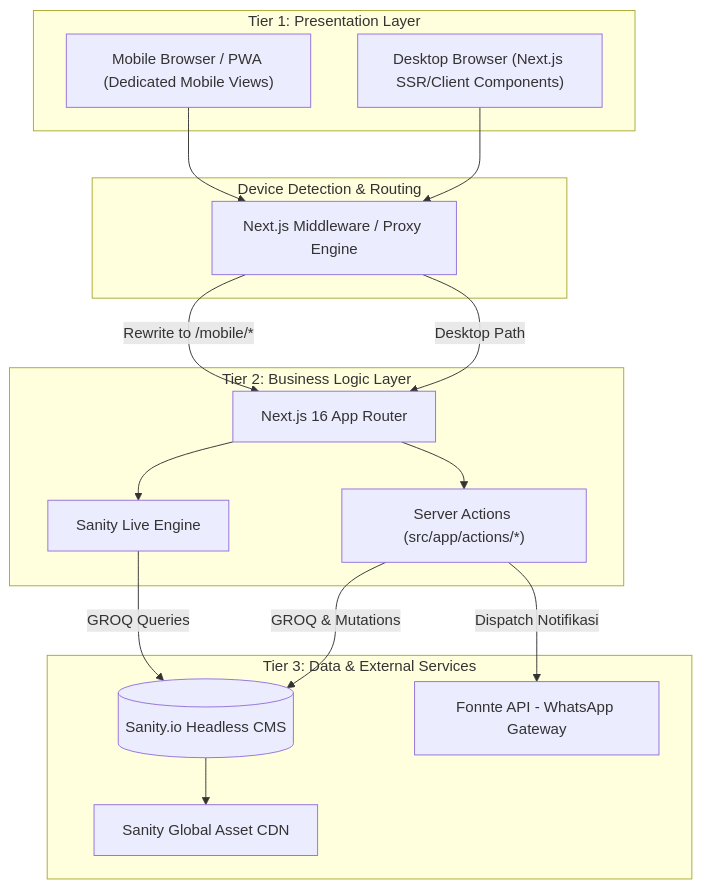
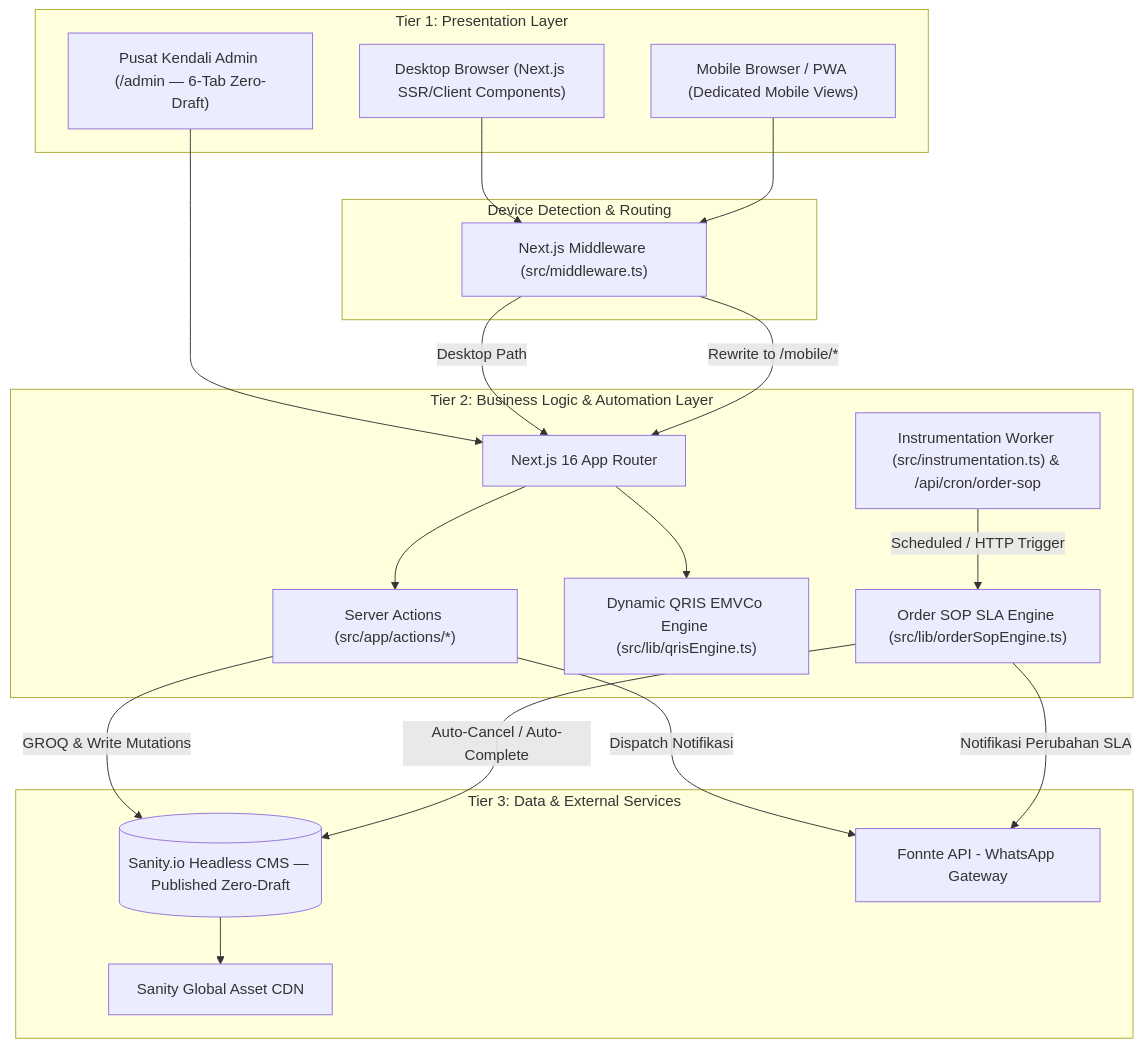
Before and after one commit to Noisesless/pawon-2.0: the first of 2 diagrams in .docs/architecture.md, drawn with Mermaid. The commit also changed other lines of this file and 68 other files, not shown here.

Commit message:
feat: add dynamic QRIS, zero-draft admin, round-robin courier queue, and clean WA flows

````diff
--- a/.docs/architecture.md
+++ b/.docs/architecture.md
@@ -12,34 +12,40 @@
 ```mermaid
 graph TD
     subgraph Client ["Tier 1: Presentation Layer"]
         Desktop["Desktop Browser (Next.js SSR/Client Components)"]
         Mobile["Mobile Browser / PWA (Dedicated Mobile Views)"]
+        AdminUI["Pusat Kendali Admin (/admin — 6-Tab Zero-Draft)"]
     end
 
     subgraph Middleware ["Device Detection & Routing"]
-        MW["Next.js Middleware / Proxy Engine"]
+        MW["Next.js Middleware (src/middleware.ts)"]
     end
 
-    subgraph Server ["Tier 2: Business Logic Layer"]
+    subgraph Server ["Tier 2: Business Logic & Automation Layer"]
         AppRouter["Next.js 16 App Router"]
         ServerActions["Server Actions (src/app/actions/*)"]
-        LiveContent["Sanity Live Engine"]
+        QrisEngine["Dynamic QRIS EMVCo Engine (src/lib/qrisEngine.ts)"]
+        SopEngine["Order SOP SLA Engine (src/lib/orderSopEngine.ts)"]
+        Worker["Instrumentation Worker (src/instrumentation.ts) & /api/cron/order-sop"]
     end
 
     subgraph Backend ["Tier 3: Data & External Services"]
-        Sanity[(Sanity.io Headless CMS)]
+        Sanity[(Sanity.io Headless CMS — Published Zero-Draft)]
         Fonnte[Fonnte API - WhatsApp Gateway]
         CDN[Sanity Global Asset CDN]
     end
 
     Desktop --> MW
     Mobile --> MW
+    AdminUI --> AppRouter
     MW -->|Desktop Path| AppRouter
     MW -->|Rewrite to /mobile/*| AppRouter
     AppRouter --> ServerActions
-    AppRouter --> LiveContent
-    ServerActions -->|GROQ & Mutations| Sanity
+    AppRouter --> QrisEngine
+    ServerActions -->|GROQ & Write Mutations| Sanity
     ServerActions -->|Dispatch Notifikasi| Fonnte
-    LiveContent -->|GROQ Queries| Sanity
+    Worker -->|Scheduled / HTTP Trigger| SopEngine
+    SopEngine -->|Auto-Cancel / Auto-Complete| Sanity
+    SopEngine -->|Notifikasi Perubahan SLA| Fonnte
     Sanity --> CDN
 ```
````
